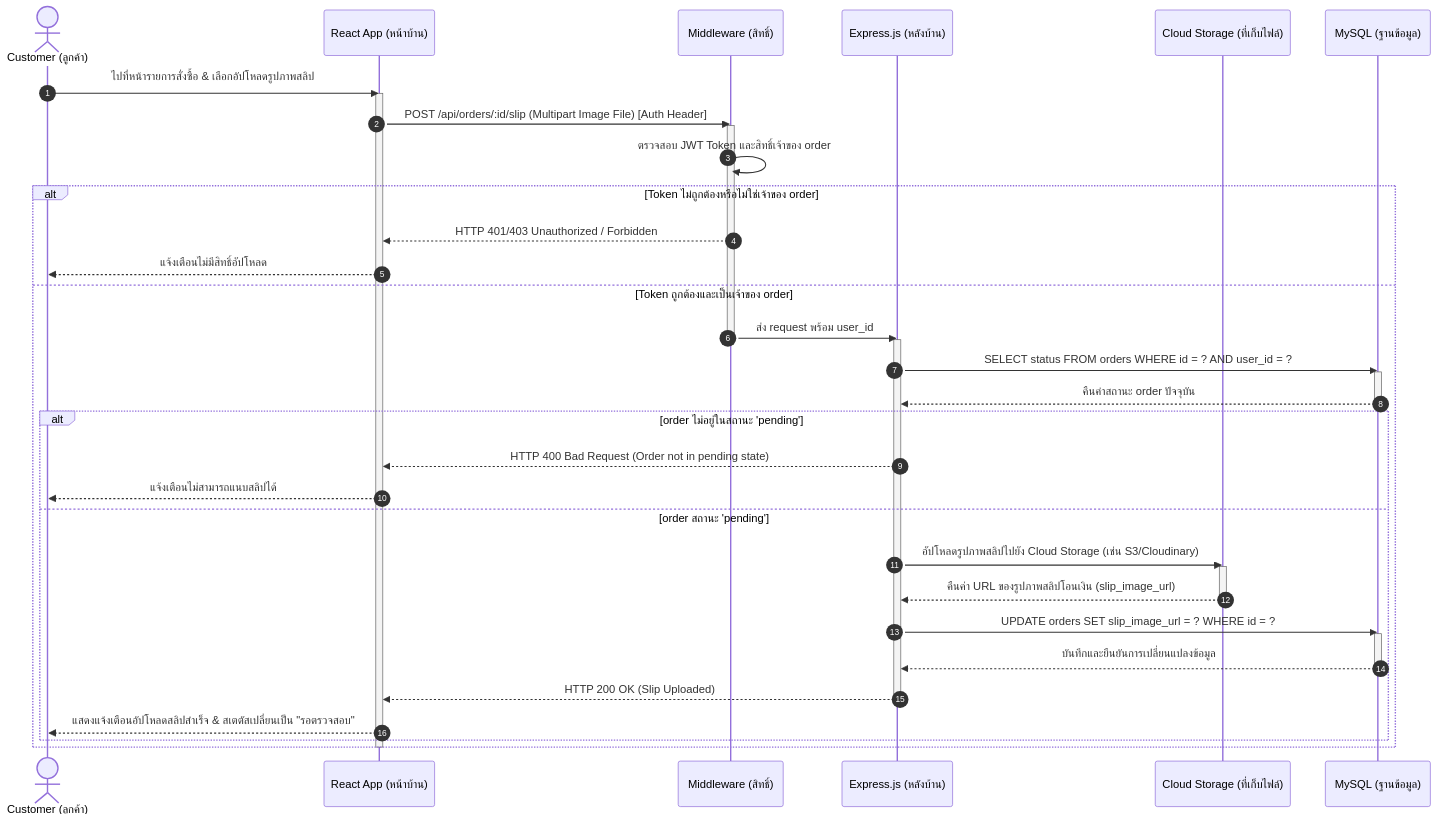
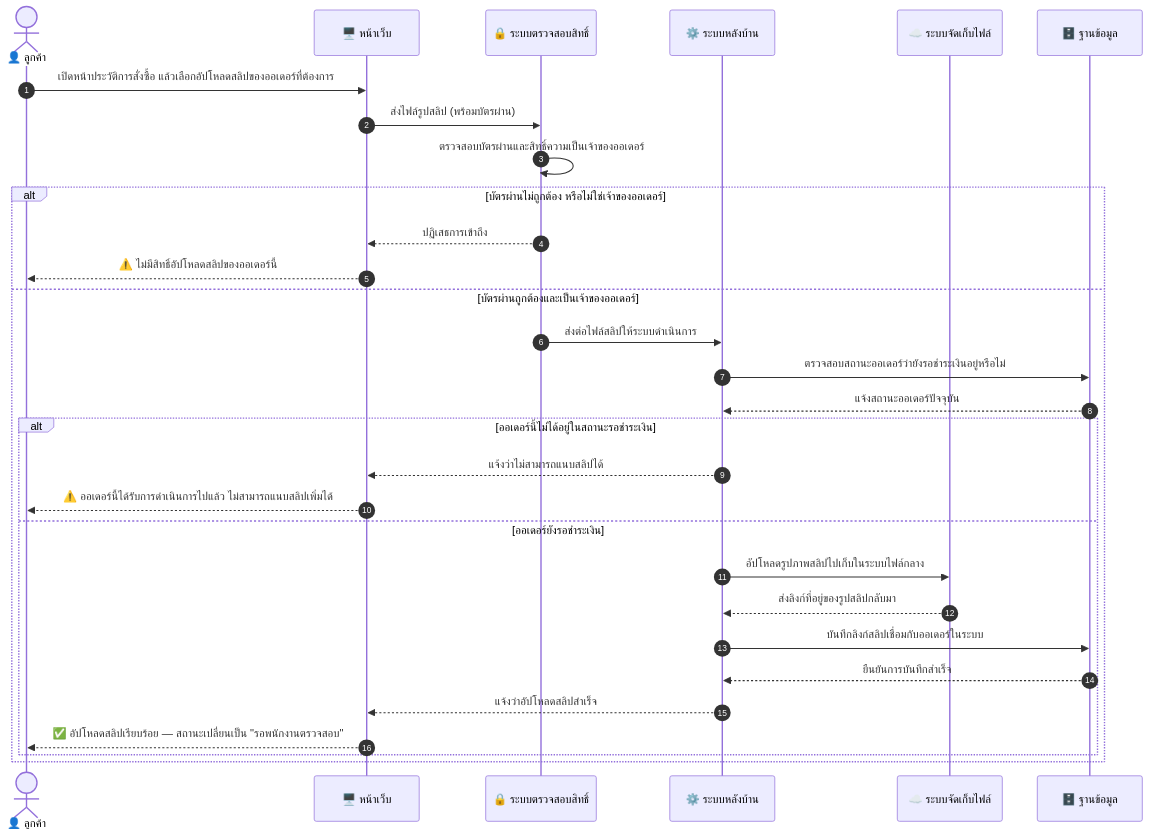
One commit to SupvichSpuGM/online-bookstore changed the seventh of 15 diagrams in diagram/Diagram.md. Above: the diagram before and after it, drawn with Mermaid. The commit also changed other lines of this file and 1 other file, not shown here.

````diff
--- a/diagram/Diagram.md
+++ b/diagram/Diagram.md
@@ -466,45 +454,33 @@
 ```mermaid
 sequenceDiagram
-            autonumber
-            actor Customer as Customer (ลูกค้า)
-            participant Client as React App (หน้าบ้าน)
-            participant AuthMW as Middleware (สิทธิ์)
-            participant API as Express.js (หลังบ้าน)
-            participant Storage as Cloud Storage (ที่เก็บไฟล์)
-            participant DB as MySQL (ฐานข้อมูล)
+    autonumber
+    actor Customer as 👤 ลูกค้า
+    participant Web as 🖥️ หน้าเว็บ
+    participant Guard as 🔒 ระบบตรวจสอบสิทธิ์
+    participant App as ⚙️ ระบบหลังบ้าน
+    participant Storage as ☁️ ระบบจัดเก็บไฟล์
+    participant DB as 🗄️ ฐานข้อมูล
 
-            Customer->>Client: ไปที่หน้ารายการสั่งซื้อ & เลือกอัปโหลดรูปภาพสลิป
-            activate Client
-            Client->>AuthMW: POST /api/orders/:id/slip (Multipart Image File) [Auth Header]
-            activate AuthMW
-            AuthMW->>AuthMW: ตรวจสอบ JWT Token และสิทธิ์เจ้าของ order
-            alt Token ไม่ถูกต้องหรือไม่ใช่เจ้าของ order
-                AuthMW-->>Client: HTTP 401/403 Unauthorized / Forbidden
-                Client-->>Customer: แจ้งเตือนไม่มีสิทธิ์อัปโหลด
-            else Token ถูกต้องและเป็นเจ้าของ order
-                AuthMW->>API: ส่ง request พร้อม user_id
-                deactivate AuthMW
-                activate API
-                API->>DB: SELECT status FROM orders WHERE id = ? AND user_id = ?
-                activate DB
-                DB-->>API: คืนค่าสถานะ order ปัจจุบัน
-                deactivate DB
-                alt order ไม่อยู่ในสถานะ 'pending'
-                    API-->>Client: HTTP 400 Bad Request (Order not in pending state)
-                    Client-->>Customer: แจ้งเตือนไม่สามารถแนบสลิปได้
-                else order สถานะ 'pending'
-                    API->>Storage: อัปโหลดรูปภาพสลิปไปยัง Cloud Storage (เช่น S3/Cloudinary)
-                    activate Storage
-                    Storage-->>API: คืนค่า URL ของรูปภาพสลิปโอนเงิน (slip_image_url)
-                    deactivate Storage
-                    API->>DB: UPDATE orders SET slip_image_url = ? WHERE id = ?
-                    activate DB
-                    DB-->>API: บันทึกและยืนยันการเปลี่ยนแปลงข้อมูล
-                    deactivate DB
-                    API-->>Client: HTTP 200 OK (Slip Uploaded)
-                    deactivate API
-                    Client-->>Customer: แสดงแจ้งเตือนอัปโหลดสลิปสำเร็จ & สเตตัสเปลี่ยนเป็น "รอตรวจสอบ"
-                end
-            end
-            deactivate Client
+    Customer->>Web: เปิดหน้าประวัติการสั่งซื้อ แล้วเลือกอัปโหลดสลิปของออเดอร์ที่ต้องการ
+    Web->>Guard: ส่งไฟล์รูปสลิป (พร้อมบัตรผ่าน)
+    Guard->>Guard: ตรวจสอบบัตรผ่านและสิทธิ์ความเป็นเจ้าของออเดอร์
+    alt บัตรผ่านไม่ถูกต้อง หรือไม่ใช่เจ้าของออเดอร์
+        Guard-->>Web: ปฏิเสธการเข้าถึง
+        Web-->>Customer: ⚠️ ไม่มีสิทธิ์อัปโหลดสลิปของออเดอร์นี้
+    else บัตรผ่านถูกต้องและเป็นเจ้าของออเดอร์
+        Guard->>App: ส่งต่อไฟล์สลิปให้ระบบดำเนินการ
+        App->>DB: ตรวจสอบสถานะออเดอร์ว่ายังรอชำระเงินอยู่หรือไม่
+        DB-->>App: แจ้งสถานะออเดอร์ปัจจุบัน
+        alt ออเดอร์นี้ไม่ได้อยู่ในสถานะรอชำระเงิน
+            App-->>Web: แจ้งว่าไม่สามารถแนบสลิปได้
+            Web-->>Customer: ⚠️ ออเดอร์นี้ได้รับการดำเนินการไปแล้ว ไม่สามารถแนบสลิปเพิ่มได้
+        else ออเดอร์ยังรอชำระเงิน
+            App->>Storage: อัปโหลดรูปภาพสลิปไปเก็บในระบบไฟล์กลาง
+            Storage-->>App: ส่งลิงก์ที่อยู่ของรูปสลิปกลับมา
+            App->>DB: บันทึกลิงก์สลิปเชื่อมกับออเดอร์ในระบบ
+            DB-->>App: ยืนยันการบันทึกสำเร็จ
+            App-->>Web: แจ้งว่าอัปโหลดสลิปสำเร็จ
+            Web-->>Customer: ✅ อัปโหลดสลิปเรียบร้อย — สถานะเปลี่ยนเป็น "รอพนักงานตรวจสอบ"
+        end
+    end
 ```
````
